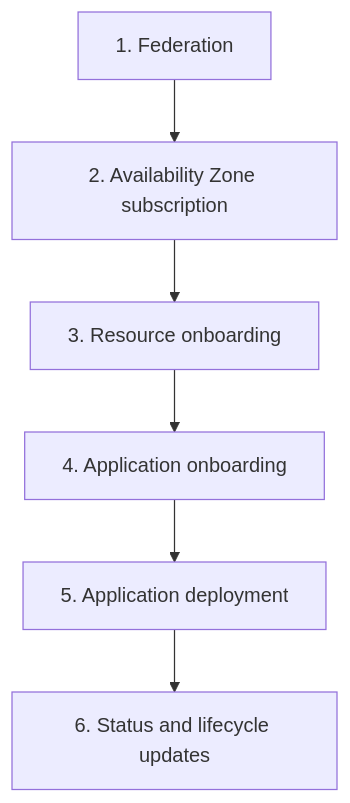
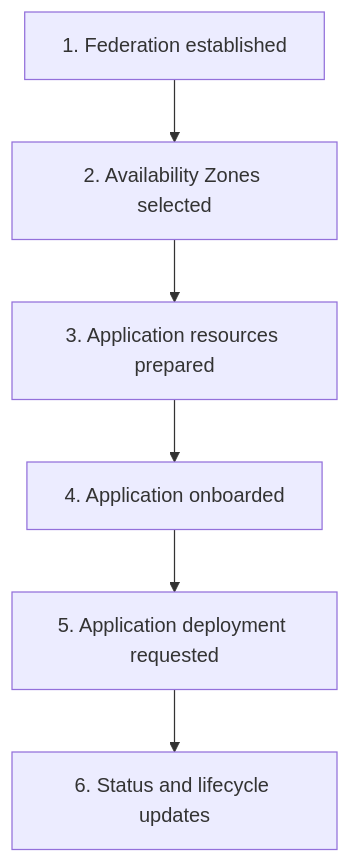
The first of 14 diagrams in docs/federation.md (neonephos-katalis/opg-ewbi-documentation), drawn with Mermaid before and after one commit. The commit also changed other lines of this file and 6 other files, not shown here.

````diff
--- a/docs/federation.md
+++ b/docs/federation.md
@@ -21,16 +23,15 @@
-```mermaid id="mq7x4s"
+```mermaid
 flowchart TD
-
-    F["1. Federation"]
-    AZ["2. Availability Zone subscription"]
-    R["3. Resource onboarding"]
-    A["4. Application onboarding"]
-    I["5. Application deployment"]
+    F["1. Federation established"]
+    AZ["2. Availability Zones selected"]
+    R["3. Application resources prepared"]
+    A["4. Application onboarded"]
+    D["5. Application deployment requested"]
     S["6. Status and lifecycle updates"]
 
     F --> AZ
     AZ --> R
     R --> A
-    A --> I
-    I --> S
+    A --> D
+    D --> S
 ```
````
